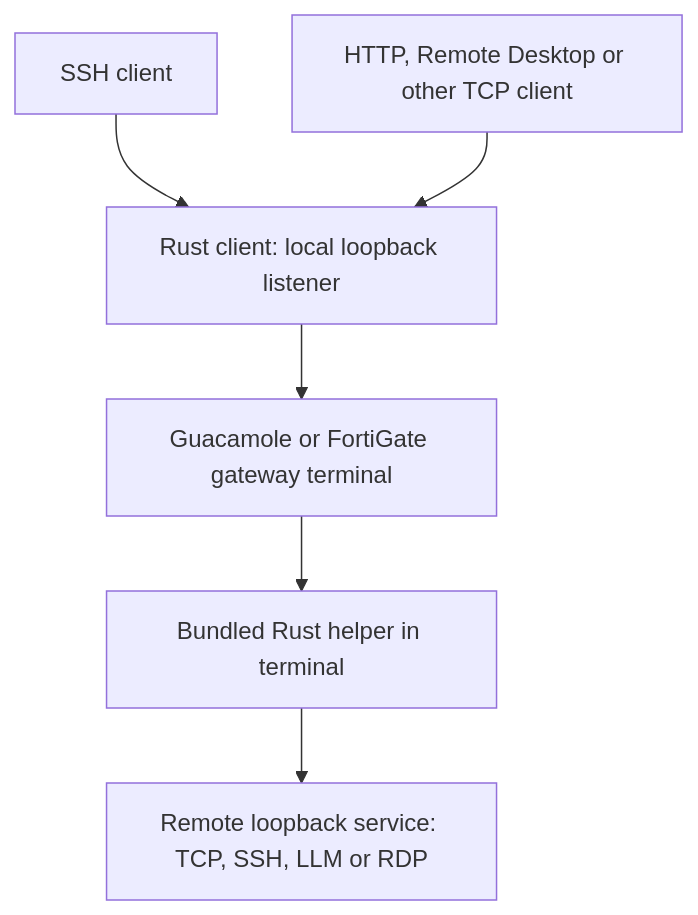
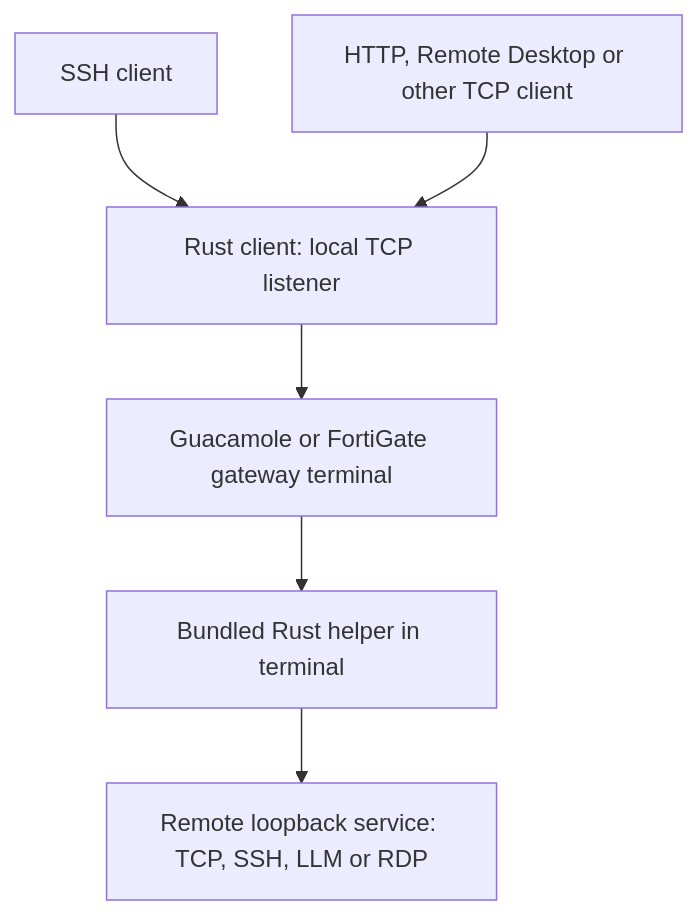
The first of 2 diagrams in docs/connections.md (himbeles/guac-bridge), drawn with Mermaid before and after one commit. The commit also changed other lines of this file and 18 other files, not shown here.

````diff
--- a/docs/connections.md
+++ b/docs/connections.md
@@ -3,8 +3,8 @@
 ```mermaid
 flowchart TD
-    SSH["SSH client"] --> Local["Rust client: local loopback listener"]
+    SSH["SSH client"] --> Local["Rust client: local TCP listener"]
     HTTP["HTTP, Remote Desktop or other TCP client"] --> Local
     Local --> Guac["Guacamole or FortiGate gateway terminal"]
     Guac --> Agent["Bundled Rust helper in terminal"]
     Agent --> Service["Remote loopback service: TCP, SSH, LLM or RDP"]
 ```
````
